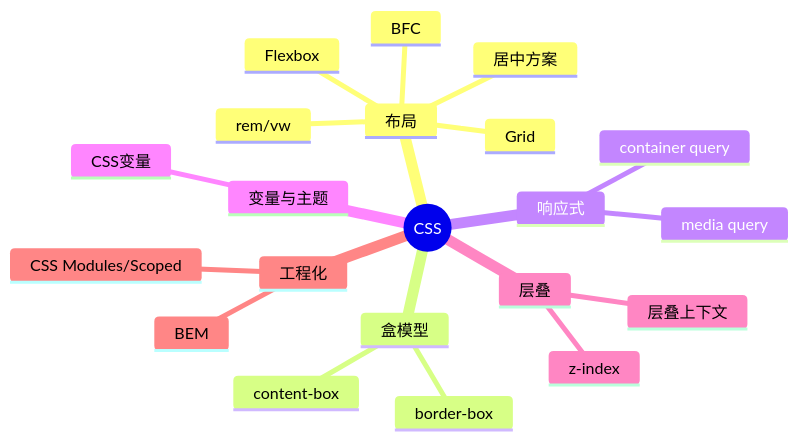
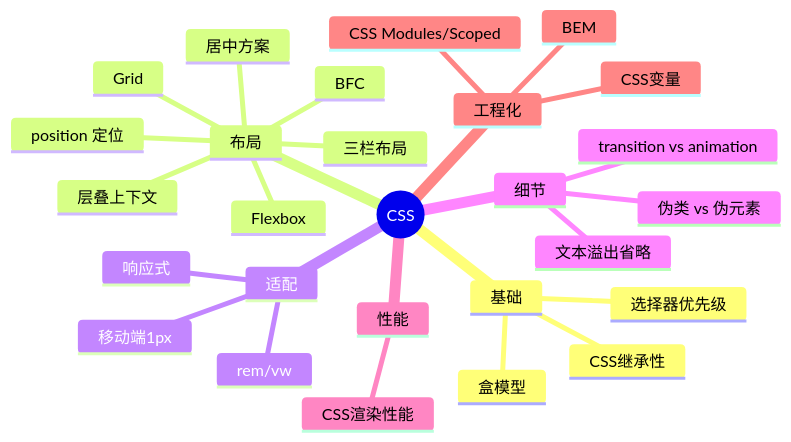
The diagram in docs/CSS/index.md (zjh42139/interview-notes), drawn with Mermaid before and after one commit. The commit also changed other lines of this file and 14 other files, not shown here.

````diff
--- a/docs/CSS/index.md
+++ b/docs/CSS/index.md
@@ -9,24 +9,30 @@
 ```mermaid
 mindmap
   root((CSS))
+    基础
+      盒模型
+      选择器优先级
+      CSS继承性
     布局
       BFC
+      position 定位
+      层叠上下文
       Flexbox
       Grid
       居中方案
+      三栏布局
+    适配
+      响应式
       rem/vw
-    盒模型
-      content-box
-      border-box
-    响应式
-      media query
-      container query
-    变量与主题
+      移动端1px
+    细节
+      文本溢出省略
+      transition vs animation
+      伪类 vs 伪元素
+    性能
+      CSS渲染性能
+    工程化
       CSS变量
-    层叠
-      层叠上下文
-      z-index
-    工程化
       BEM
       CSS Modules/Scoped
 ```
````
